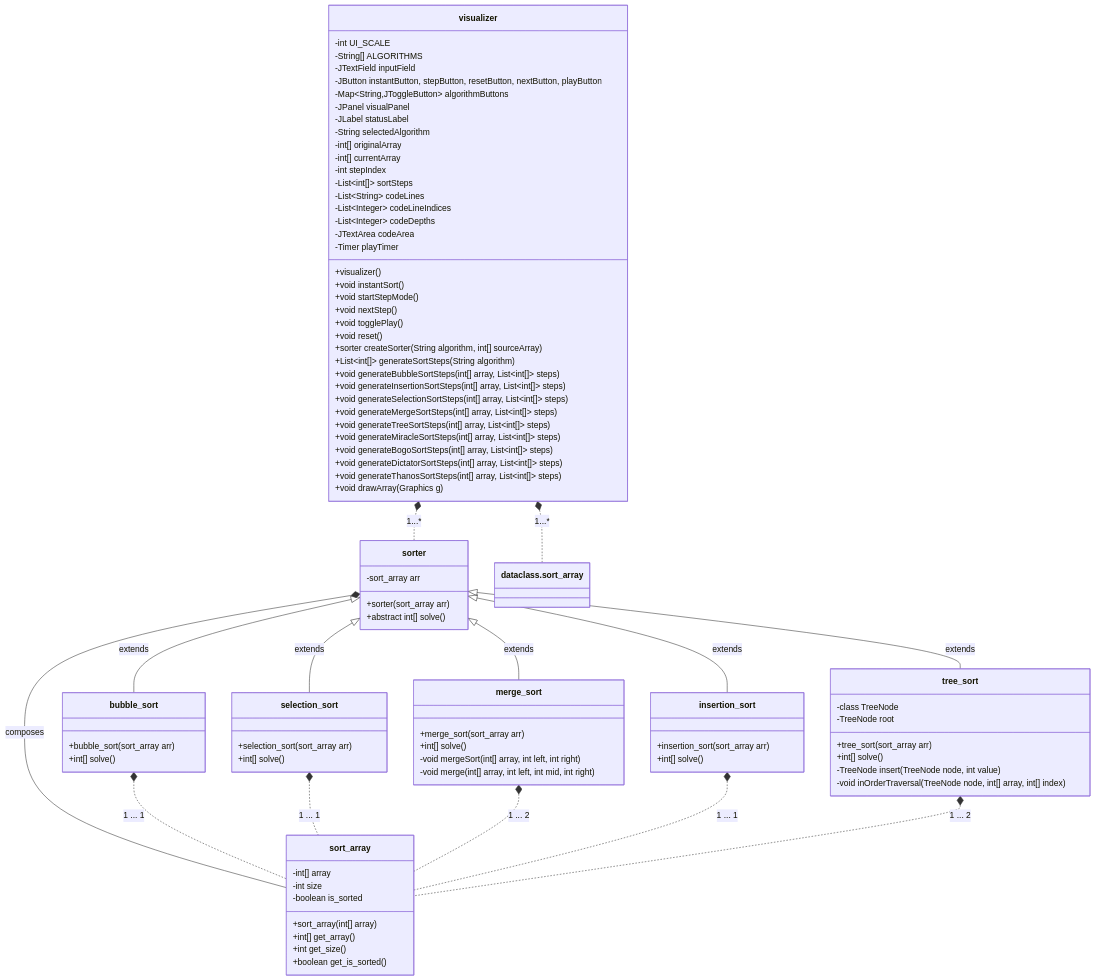
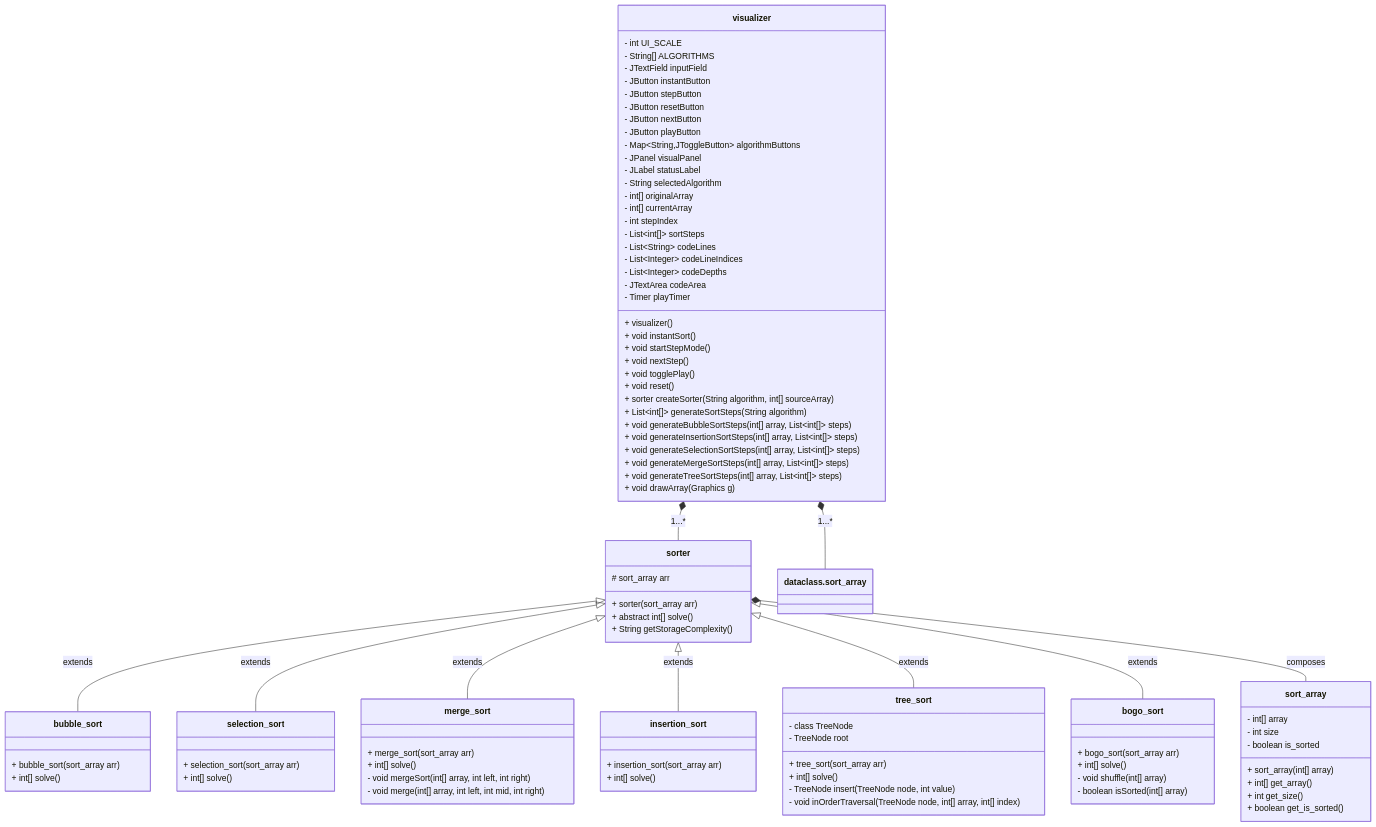
One commit to ChecksMc/School_OOP_project changed the diagram in README.md. Above: the diagram before and after it, drawn with Mermaid. The commit also changed 2 other files, not shown here.

````diff
--- a/README.md
+++ b/README.md
@@ -78,88 +78,96 @@
 direction TB
 
     class visualizer {
-        -int UI_SCALE
-        -String[] ALGORITHMS
-        -JTextField inputField
-        -JButton instantButton, stepButton, resetButton, nextButton, playButton
-        -Map~String,JToggleButton~ algorithmButtons
-        -JPanel visualPanel
-        -JLabel statusLabel
-        -String selectedAlgorithm
-        -int[] originalArray
-        -int[] currentArray
-        -int stepIndex
-        -List~int[]~ sortSteps
-        -List~String~ codeLines
-        -List~Integer~ codeLineIndices
-        -List~Integer~ codeDepths
-        -JTextArea codeArea
-        -Timer playTimer
-        +visualizer()
-        +void instantSort()
-        +void startStepMode()
-        +void nextStep()
-        +void togglePlay()
-        +void reset()
-        +sorter createSorter(String algorithm, int[] sourceArray)
-        +List~int[]~ generateSortSteps(String algorithm)
-        +void generateBubbleSortSteps(int[] array, List~int[]~ steps)
-        +void generateInsertionSortSteps(int[] array, List~int[]~ steps)
-        +void generateSelectionSortSteps(int[] array, List~int[]~ steps)
-        +void generateMergeSortSteps(int[] array, List~int[]~ steps)
-        +void generateTreeSortSteps(int[] array, List~int[]~ steps)
-        +void generateMiracleSortSteps(int[] array, List~int[]~ steps)
-        +void generateBogoSortSteps(int[] array, List~int[]~ steps)
-        +void generateDictatorSortSteps(int[] array, List~int[]~ steps)
-        +void generateThanosSortSteps(int[] array, List~int[]~ steps)
-        +void drawArray(Graphics g)
+        - int UI_SCALE
+        - String[] ALGORITHMS
+        - JTextField inputField
+        - JButton instantButton
+        - JButton stepButton
+        - JButton resetButton
+        - JButton nextButton
+        - JButton playButton
+        - Map~String,JToggleButton~ algorithmButtons
+        - JPanel visualPanel
+        - JLabel statusLabel
+        - String selectedAlgorithm
+        - int[] originalArray
+        - int[] currentArray
+        - int stepIndex
+        - List~int[]~ sortSteps
+        - List~String~ codeLines
+        - List~Integer~ codeLineIndices
+        - List~Integer~ codeDepths
+        - JTextArea codeArea
+        - Timer playTimer
+        + visualizer()
+        + void instantSort()
+        + void startStepMode()
+        + void nextStep()
+        + void togglePlay()
+        + void reset()
+        + sorter createSorter(String algorithm, int[] sourceArray)
+        + List~int[]~ generateSortSteps(String algorithm)
+        + void generateBubbleSortSteps(int[] array, List~int[]~ steps)
+        + void generateInsertionSortSteps(int[] array, List~int[]~ steps)
+        + void generateSelectionSortSteps(int[] array, List~int[]~ steps)
+        + void generateMergeSortSteps(int[] array, List~int[]~ steps)
+        + void generateTreeSortSteps(int[] array, List~int[]~ steps)
+        + void drawArray(Graphics g)
     }
 
     class sort_array {
-        -int[] array
-        -int size
-        -boolean is_sorted
-        +sort_array(int[] array)
-        +int[] get_array()
-        +int get_size()
-        +boolean get_is_sorted()
+        - int[] array
+        - int size
+        - boolean is_sorted
+        + sort_array(int[] array)
+        + int[] get_array()
+        + int get_size()
+        + boolean get_is_sorted()
     }
 
     class sorter {
-        -sort_array arr
-        +sorter(sort_array arr)
-        +abstract int[] solve()
+        # sort_array arr
+        + sorter(sort_array arr)
+        + abstract int[] solve()
+        + String getStorageComplexity()
     }
 
     class bubble_sort {
-        +bubble_sort(sort_array arr)
-        +int[] solve()
+        + bubble_sort(sort_array arr)
+        + int[] solve()
     }
 
     class selection_sort {
-        +selection_sort(sort_array arr)
-        +int[] solve()
+        + selection_sort(sort_array arr)
+        + int[] solve()
     }
 
     class merge_sort {
-        +merge_sort(sort_array arr)
-        +int[] solve()
-        -void mergeSort(int[] array, int left, int right)
-        -void merge(int[] array, int left, int mid, int right)
+        + merge_sort(sort_array arr)
+        + int[] solve()
+        - void mergeSort(int[] array, int left, int right)
+        - void merge(int[] array, int left, int mid, int right)
     }
 
     class insertion_sort {
-        +insertion_sort(sort_array arr)
-        +int[] solve()
+        + insertion_sort(sort_array arr)
+        + int[] solve()
     }
 
     class tree_sort {
-        +tree_sort(sort_array arr)
-        +int[] solve()
-        -class TreeNode
-        -TreeNode root
-        -TreeNode insert(TreeNode node, int value)
-        -void inOrderTraversal(TreeNode node, int[] array, int[] index)
+        + tree_sort(sort_array arr)
+        + int[] solve()
+        - class TreeNode
+        - TreeNode root
+        - TreeNode insert(TreeNode node, int value)
+        - void inOrderTraversal(TreeNode node, int[] array, int[] index)
+    }
+
+    class bogo_sort {
+        + bogo_sort(sort_array arr)
+        + int[] solve()
+        - void shuffle(int[] array)
+        - boolean isSorted(int[] array)
     }
 
     sorter <|-- bubble_sort : extends
@@ -167,12 +175,8 @@
     sorter <|-- merge_sort : extends
     sorter <|-- insertion_sort : extends
     sorter <|-- tree_sort : extends
+    sorter <|-- bogo_sort : extends
     sorter *-- sort_array : composes
-    bubble_sort *.. sort_array : 1 ... 1
-    selection_sort *.. sort_array : 1 ... 1
-    merge_sort *.. sort_array : 1 ... 2
-    insertion_sort *.. sort_array : 1 ... 1
-    tree_sort *.. sort_array : 1 ... 2
-    visualizer *.. sorter : 1...*
-    visualizer *.. dataclass.sort_array : 1...*
+    visualizer *-- sorter : 1...*
+    visualizer *-- dataclass.sort_array : 1...*
 ```
````
